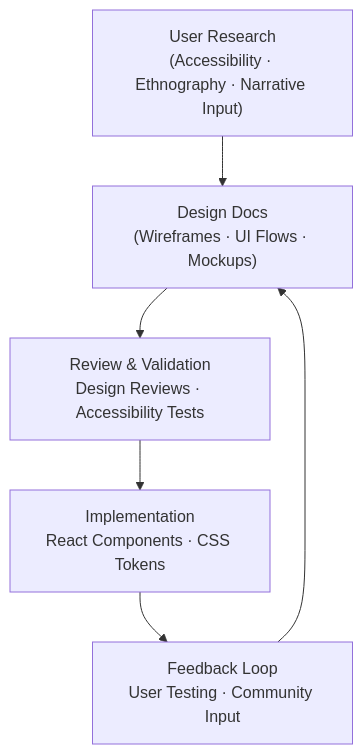
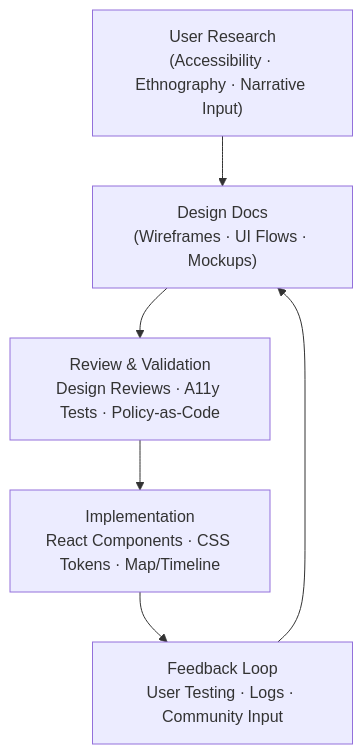
Before and after one commit to bartytime4life/Kansas-Frontier-Matrix: the first of 2 diagrams in docs/design/README.md, drawn with Mermaid. The commit also changed other lines of this file, not shown here.

First line of the commit message:
Revise design documentation for clarity and updates

`````diff
--- a/docs/design/README.md
+++ b/docs/design/README.md
@@ -48,8 +77,8 @@
 ```mermaid
 flowchart TD
     A["User Research\n(Accessibility · Ethnography · Narrative Input)"] --> B["Design Docs\n(Wireframes · UI Flows · Mockups)"]
-    B --> C["Review & Validation\nDesign Reviews · Accessibility Tests"]
-    C --> D["Implementation\nReact Components · CSS Tokens"]
-    D --> E["Feedback Loop\nUser Testing · Community Input"]
+    B --> C["Review & Validation\nDesign Reviews · A11y Tests · Policy-as-Code"]
+    C --> D["Implementation\nReact Components · CSS Tokens · Map/Timeline"]
+    D --> E["Feedback Loop\nUser Testing · Logs · Community Input"]
     E --> B
-````
+```
`````
